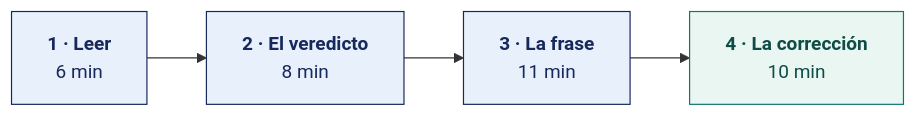
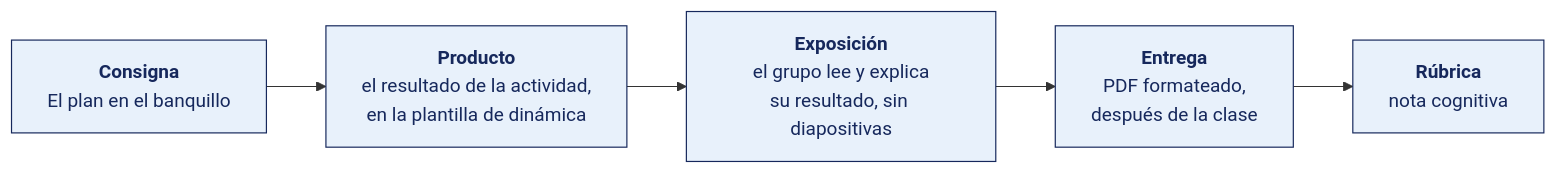
One commit to OscarJimenezFlores/PETI changed the diagram in SEMANA-01/2-DINAMICA.md. Above: the diagram before and after it, drawn with Mermaid. The commit also changed other lines of this file and 48 other files, not shown here.

````diff
--- a/SEMANA-01/2-DINAMICA.md
+++ b/SEMANA-01/2-DINAMICA.md
@@ -28,12 +13,11 @@
 ```mermaid
 flowchart LR
-    P1["<b>1 · Leer</b><br/>6 min"]
-    P2["<b>2 · El veredicto</b><br/>8 min"]
-    P3["<b>3 · La frase</b><br/>11 min"]
-    P4["<b>4 · La corrección</b><br/>10 min"]
-    P1 --> P2 --> P3 --> P4
+    C["<b>Consigna</b><br/>El plan en el banquillo"]
+    P["<b>Producto</b><br/>el resultado de la actividad,<br/>en la plantilla de dinámica"]
+    E["<b>Exposición</b><br/>el grupo lee y explica<br/>su resultado, sin diapositivas"]
+    G["<b>Entrega</b><br/>PDF formateado,<br/>después de la clase"]
+    R["<b>Rúbrica</b><br/>nota cognitiva"]
+    C --> P --> E --> G --> R
     classDef d fill:#E8F1FB,stroke:#16285C,stroke-width:1px,color:#16285C;
-    classDef f fill:#E9F6F2,stroke:#0F766E,stroke-width:1px,color:#0F4C46;
-    class P1,P2,P3 d;
-    class P4 f;
+    class C,P,E,G,R d;
 ```
````
